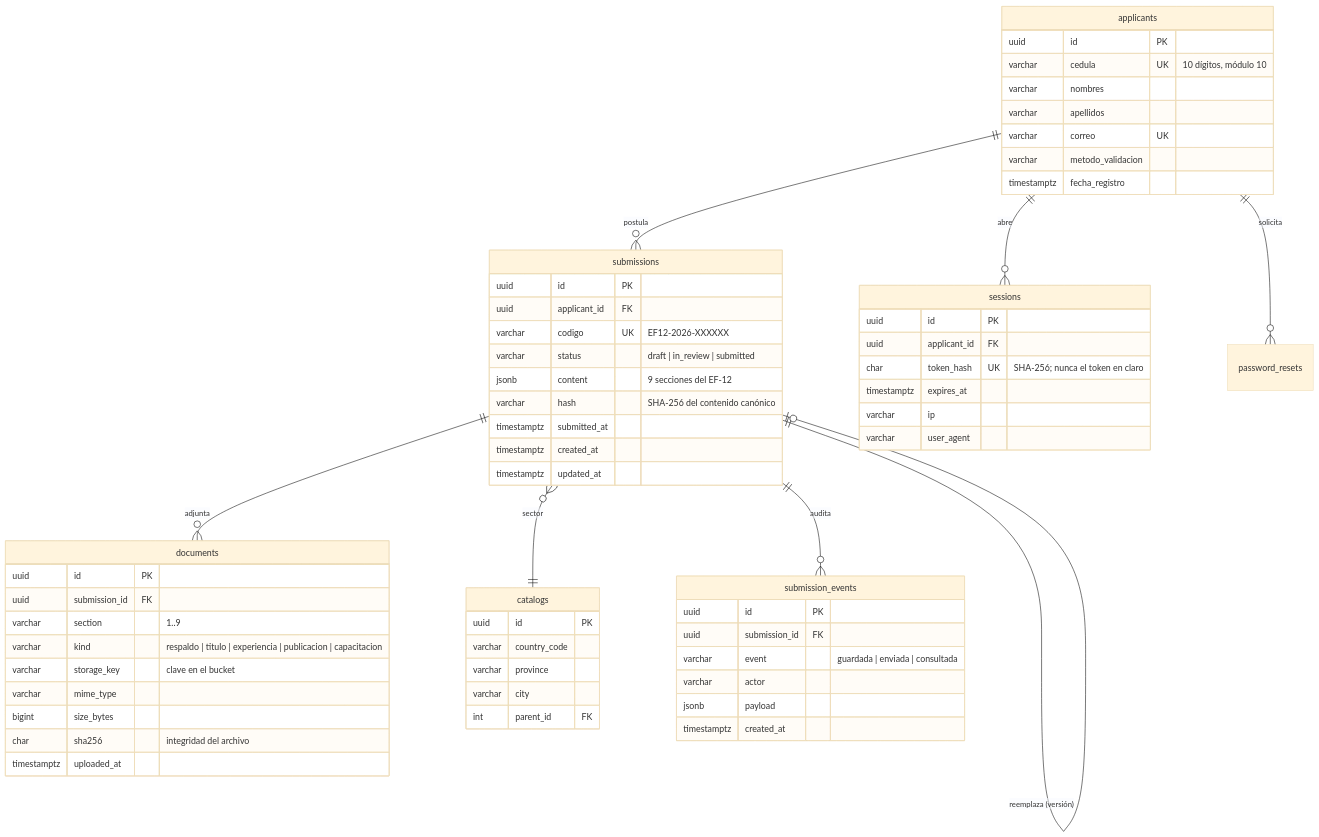
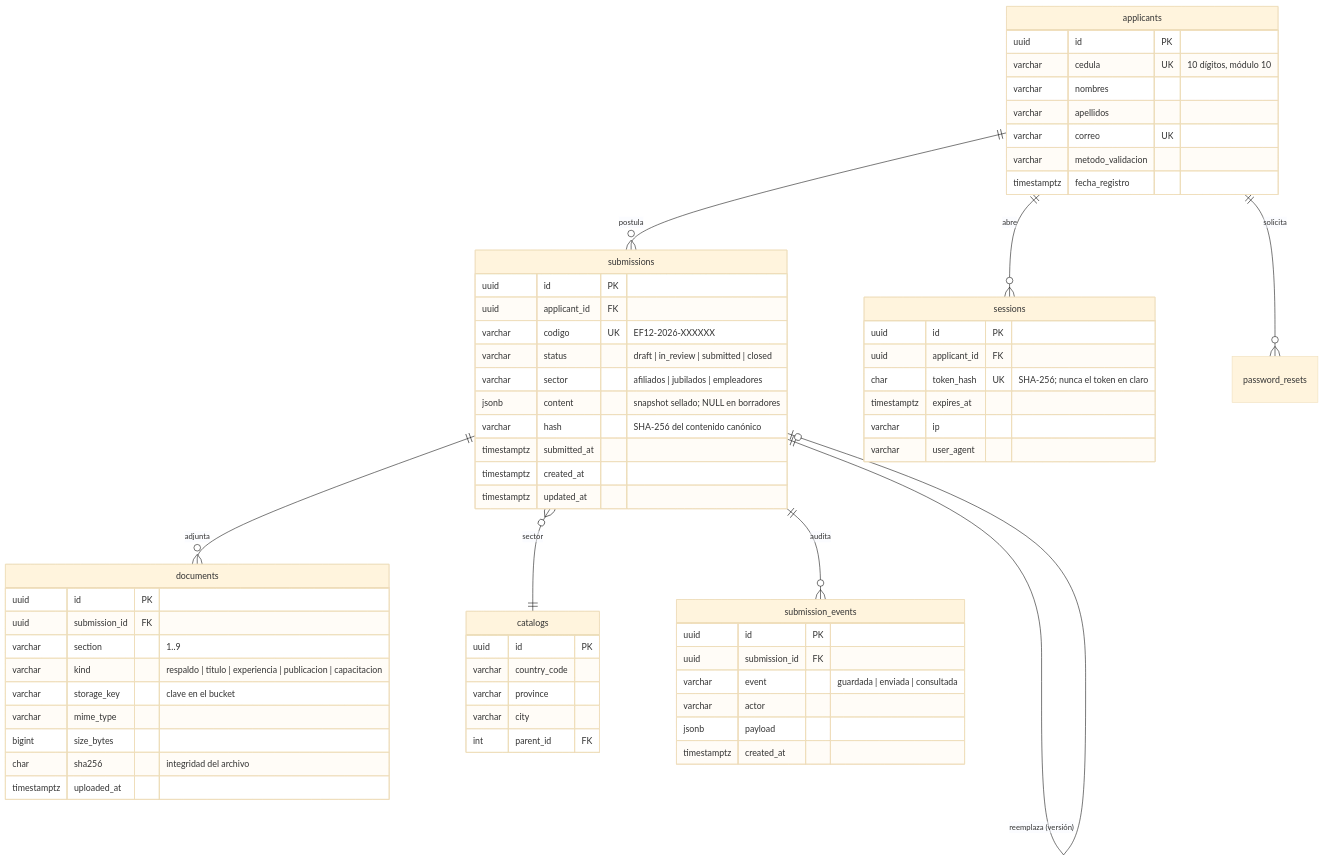
Before and after one commit to yan2005dris-afk/Framework-Examen: the third of 5 diagrams in docs/trd/TRD.md, drawn with Mermaid (base theme). The commit also changed other lines of this file and 6 other files, not shown here.

````diff
--- a/docs/trd/TRD.md
+++ b/docs/trd/TRD.md
@@ -187,70 +187,71 @@
 ```mermaid
 erDiagram
     applicants ||--o{ submissions : "postula"
     applicants ||--o{ sessions : "abre"
     applicants ||--o{ password_resets : "solicita"
     submissions ||--o{ documents : "adjunta"
     submissions ||--o| submissions : "reemplaza (versión)"
     submissions }o--|| catalogs : "sector"
     submissions ||--o{ submission_events : "audita"
 
     applicants {
         uuid id PK
         varchar cedula UK "10 dígitos, módulo 10"
         varchar nombres
         varchar apellidos
         varchar correo UK
         varchar metodo_validacion
         timestamptz fecha_registro
     }
 
     submissions {
         uuid id PK
         uuid applicant_id FK
         varchar codigo UK "EF12-2026-XXXXXX"
-        varchar status "draft | in_review | submitted"
-        jsonb content "9 secciones del EF-12"
+        varchar status "draft | in_review | submitted | closed"
+        varchar sector "afiliados | jubilados | empleadores"
+        jsonb content "snapshot sellado; NULL en borradores"
         varchar hash "SHA-256 del contenido canónico"
         timestamptz submitted_at
         timestamptz created_at
         timestamptz updated_at
     }
 
     documents {
         uuid id PK
         uuid submission_id FK
         varchar section "1..9"
         varchar kind "respaldo | titulo | experiencia | publicacion | capacitacion"
         varchar storage_key "clave en el bucket"
         varchar mime_type
         bigint size_bytes
         char sha256 "integridad del archivo"
         timestamptz uploaded_at
     }
 
     sessions {
         uuid id PK
         uuid applicant_id FK
         char token_hash UK "SHA-256; nunca el token en claro"
         timestamptz expires_at
         varchar ip
         varchar user_agent
     }
 
     catalogs {
         uuid id PK
         varchar country_code
         varchar province
         varchar city
         int parent_id FK
     }
 
     submission_events {
         uuid id PK
         uuid submission_id FK
         varchar event "guardada | enviada | consultada"
         varchar actor
         jsonb payload
         timestamptz created_at
     }
 ```
````
